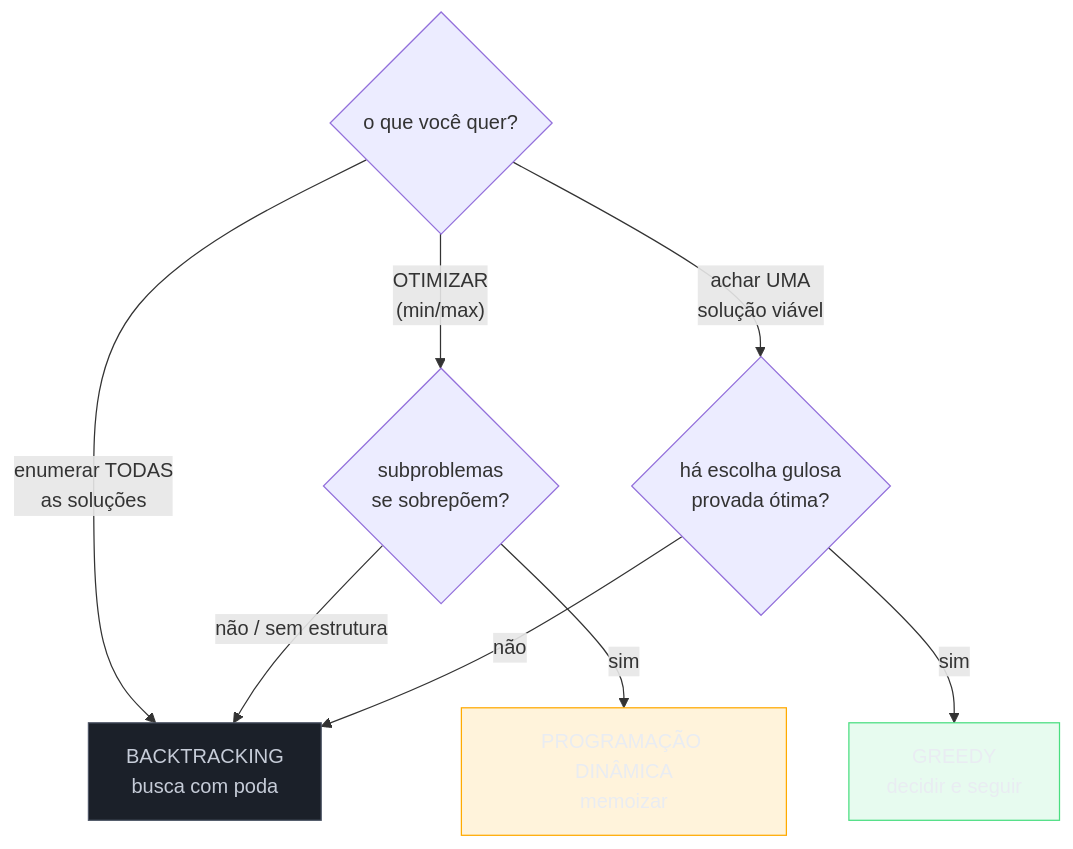
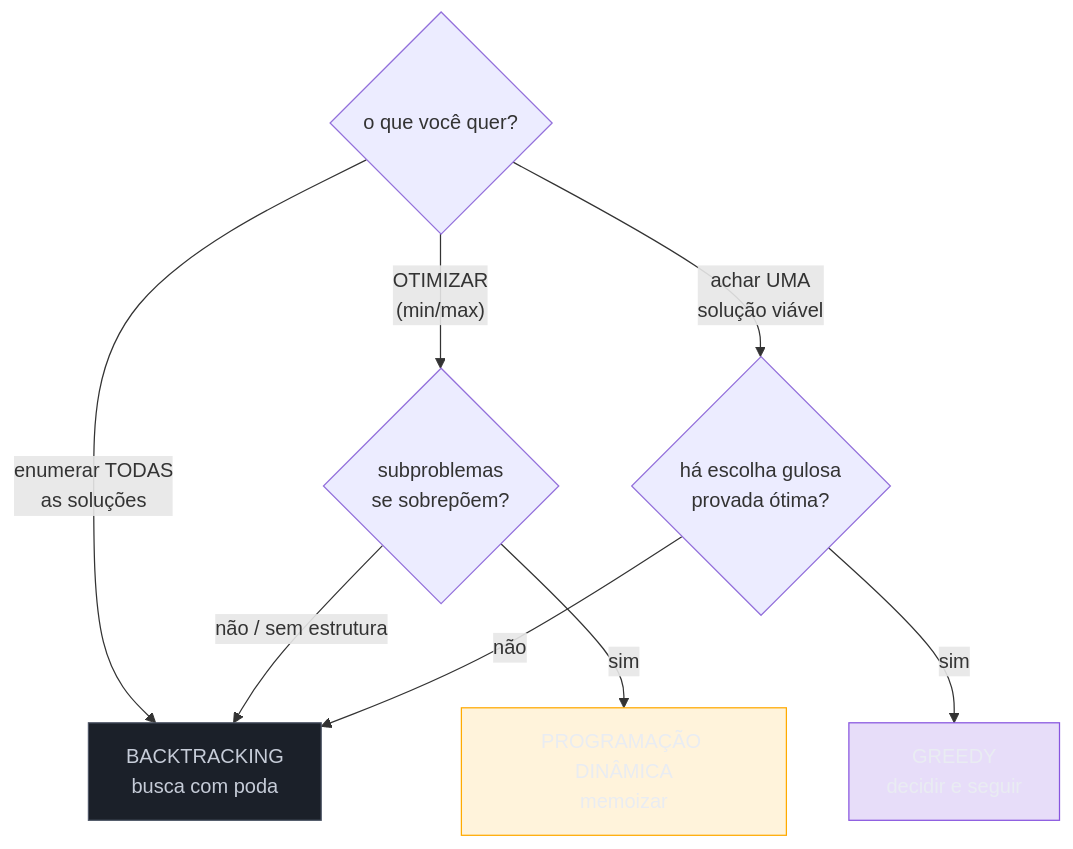
Before and after one commit to josenaldo/codex-technomanticus: the sixth of 6 diagrams in 03-Dominios/Ciência/Algoritmos/12 - Backtracking.md, drawn with Mermaid. The commit also changed other lines of this file and 601 other files, not shown here.

````diff
--- a/03-Dominios/Ciência/Algoritmos/12 - Backtracking.md
+++ b/03-Dominios/Ciência/Algoritmos/12 - Backtracking.md
@@ -377,17 +377,17 @@
 ```mermaid
 flowchart TD
+    classDef marca fill:#8855DF33,stroke:#8855DF,color:#E9ECF2
     classDef neutro fill:#1B2029,stroke:#4E5666,color:#C6CCD8
     classDef destaque fill:#FFAA0024,stroke:#FFAA00,color:#E9ECF2
-    classDef ok fill:#4ADE8021,stroke:#4ADE80,color:#E9ECF2
     Q1{"o que você quer?"} -- "enumerar TODAS<br/>as soluções" --> BT["BACKTRACKING<br/>busca com poda"]
     Q1 -- "OTIMIZAR<br/>(min/max)" --> Q2{"subproblemas<br/>se sobrepõem?"}
     Q1 -- "achar UMA<br/>solução viável" --> Q3{"há escolha gulosa<br/>provada ótima?"}
     Q2 -- "sim" --> DP["PROGRAMAÇÃO DINÂMICA<br/>memoizar"]
     Q2 -- "não / sem estrutura" --> BT
     Q3 -- "sim" --> GR["GREEDY<br/>decidir e seguir"]
     Q3 -- "não" --> BT
 
     class BT neutro
     class DP destaque
-    class GR ok
+    class GR marca
 ```
````
